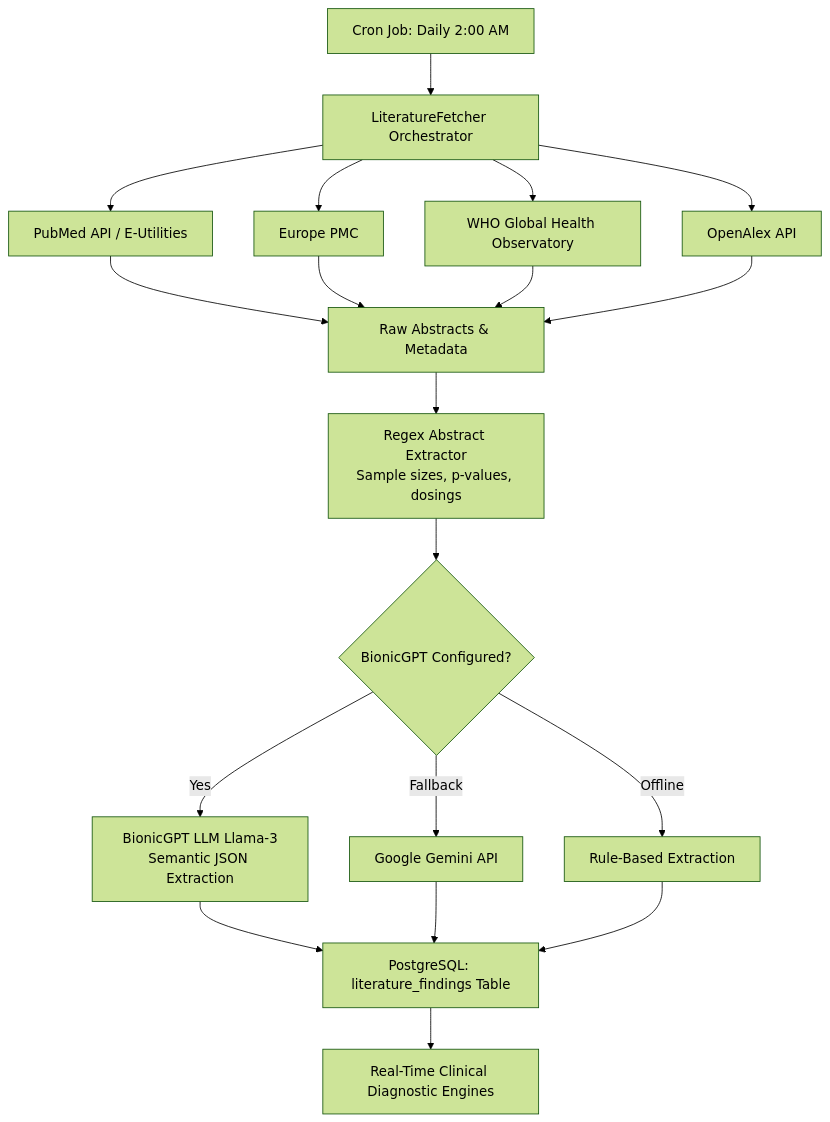
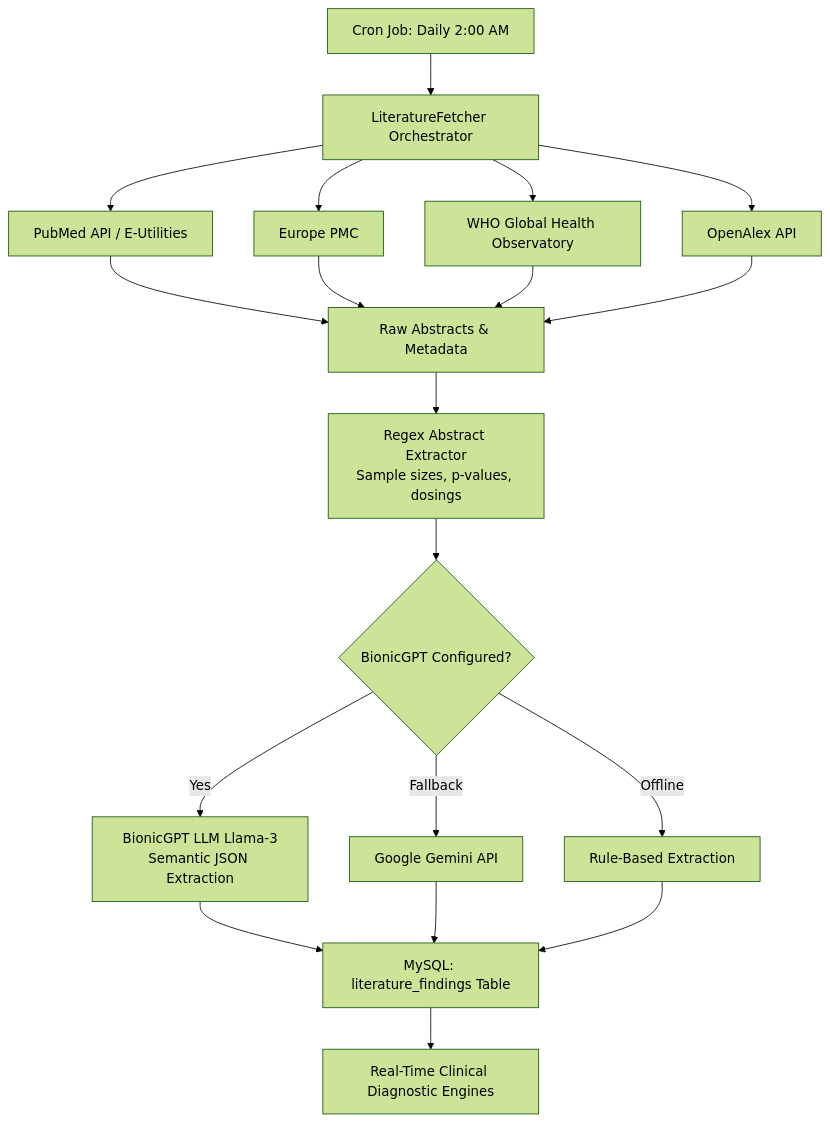
Before and after one commit to abebetadesse/wa: the fifth of 6 diagrams in docs/architecture_and_operational_note.md, drawn with Mermaid (forest theme). The commit also changed other lines of this file and 199 other files, not shown here.

````diff
--- a/docs/architecture_and_operational_note.md
+++ b/docs/architecture_and_operational_note.md
@@ -266,26 +266,26 @@
 ```mermaid
 graph TD
     A[Cron Job: Daily 2:00 AM] --> B[LiteratureFetcher Orchestrator]
     B --> C1[PubMed API / E-Utilities]
     B --> C2[Europe PMC]
     B --> C3[WHO Global Health Observatory]
     B --> C4[OpenAlex API]
     
     C1 --> D[Raw Abstracts & Metadata]
     C2 --> D
     C3 --> D
     C4 --> D
     
     D --> E[Regex Abstract Extractor<br/>Sample sizes, p-values, dosings]
     E --> F{BionicGPT Configured?}
     
     F -->|Yes| G[BionicGPT LLM Llama-3<br/>Semantic JSON Extraction]
     F -->|Fallback| H[Google Gemini API]
     F -->|Offline| I[Rule-Based Extraction]
     
-    G --> J[PostgreSQL: literature_findings Table]
+    G --> J[MySQL: literature_findings Table]
     H --> J
     I --> J
     
     J --> K[Real-Time Clinical Diagnostic Engines]
 ```
````
